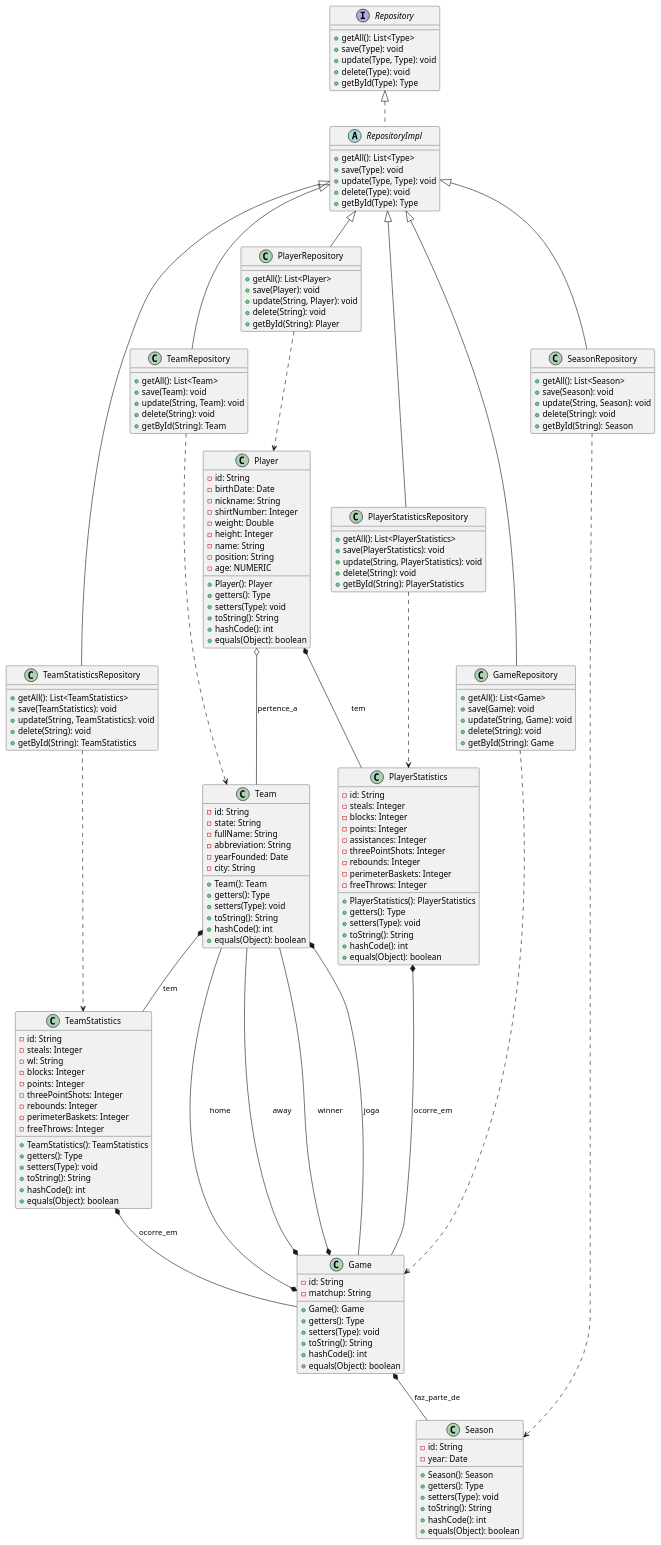
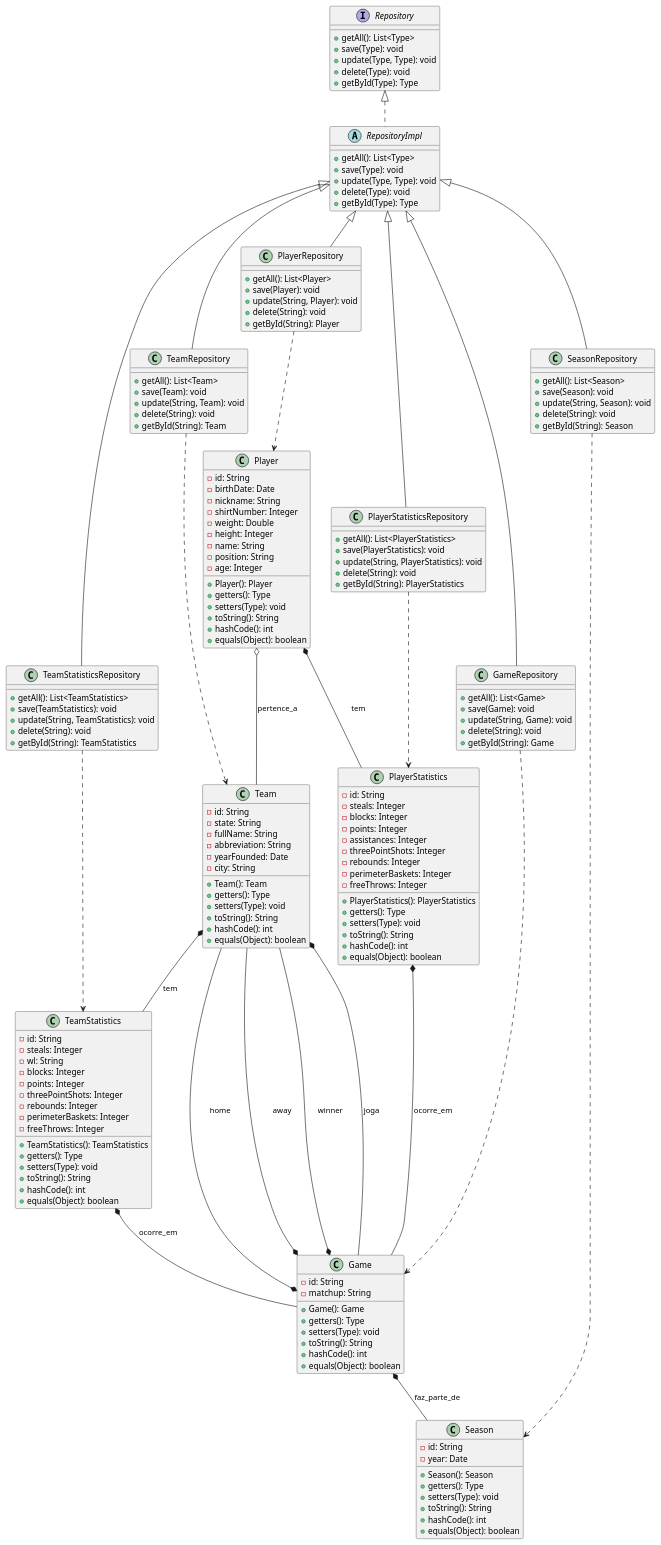
Before and after one commit to Pedro-H-Gregorio/NBA_api: the diagram in aps/diagrams/classe/model.puml, drawn with PlantUML. The commit also changed 1 other file, not shown here.

Commit message:
att o diagrama de classe

```diff
--- a/aps/diagrams/classe/model.puml
+++ b/aps/diagrams/classe/model.puml
@@ -1,188 +1,188 @@
 @startuml
 class Player {
     - id: String
     - birthDate: Date
     - nickname: String
     - shirtNumber: Integer
     - weight: Double
     - height: Integer
     - name: String
     - position: String
-    - age: NUMERIC
+    - age: Integer
 
     + Player(): Player
     + getters(): Type
     + setters(Type): void
     + toString(): String
     + hashCode(): int
     + equals(Object): boolean
 }
 
 class Team {
     - id: String
     - state: String
     - fullName: String
     - abbreviation: String
     - yearFounded: Date
     - city: String
 
     + Team(): Team
     + getters(): Type
     + setters(Type): void
     + toString(): String
     + hashCode(): int
     + equals(Object): boolean
 }
 
 class Game {
     - id: String
     - matchup: String
 
     + Game(): Game
     + getters(): Type
     + setters(Type): void
     + toString(): String
     + hashCode(): int
     + equals(Object): boolean
 }
 
 class Season {
     - id: String
     - year: Date
 
     + Season(): Season
     + getters(): Type
     + setters(Type): void
     + toString(): String
     + hashCode(): int
     + equals(Object): boolean
 }
 
 class PlayerStatistics {
     - id: String
     - steals: Integer
     - blocks: Integer
     - points: Integer
     - assistances: Integer
     - threePointShots: Integer
     - rebounds: Integer
     - perimeterBaskets: Integer
     - freeThrows: Integer
 
     + PlayerStatistics(): PlayerStatistics
     + getters(): Type
     + setters(Type): void
     + toString(): String
     + hashCode(): int
     + equals(Object): boolean
 }
 
 class TeamStatistics {
     - id: String
     - steals: Integer
     - wl: String
     - blocks: Integer
     - points: Integer
     - threePointShots: Integer
     - rebounds: Integer
     - perimeterBaskets: Integer
     - freeThrows: Integer
 
     + TeamStatistics(): TeamStatistics
     + getters(): Type
     + setters(Type): void
     + toString(): String
     + hashCode(): int
     + equals(Object): boolean
 }
 
 interface Repository {
     + getAll(): List<Type>
     + save(Type): void
     + update(Type, Type): void
     + delete(Type): void
     + getById(Type): Type
 }
 
 abstract RepositoryImpl {
     + getAll(): List<Type>
     + save(Type): void
     + update(Type, Type): void
     + delete(Type): void
     + getById(Type): Type
 }
 
 class PlayerRepository {
     + getAll(): List<Player>
     + save(Player): void
     + update(String, Player): void
     + delete(String): void
     + getById(String): Player
 }
 
 class TeamRepository {
     + getAll(): List<Team>
     + save(Team): void
     + update(String, Team): void
     + delete(String): void
     + getById(String): Team
 }
 
 class GameRepository {
     + getAll(): List<Game>
     + save(Game): void
     + update(String, Game): void
     + delete(String): void
     + getById(String): Game
 }
 
 class SeasonRepository {
     + getAll(): List<Season>
     + save(Season): void
     + update(String, Season): void
     + delete(String): void
     + getById(String): Season
 }
 
 class PlayerStatisticsRepository {
     + getAll(): List<PlayerStatistics>
     + save(PlayerStatistics): void
     + update(String, PlayerStatistics): void
     + delete(String): void
     + getById(String): PlayerStatistics
 }
 
 class TeamStatisticsRepository {
     + getAll(): List<TeamStatistics>
     + save(TeamStatistics): void
     + update(String, TeamStatistics): void
     + delete(String): void
     + getById(String): TeamStatistics
 }
 
 Repository <|.. RepositoryImpl
 RepositoryImpl <|-- PlayerRepository
 RepositoryImpl <|-- TeamRepository
 RepositoryImpl <|-- GameRepository
 RepositoryImpl <|-- SeasonRepository
 RepositoryImpl <|-- PlayerStatisticsRepository
 RepositoryImpl <|-- TeamStatisticsRepository
 
 PlayerRepository ..> Player
 TeamRepository ..> Team
 GameRepository ..> Game
 SeasonRepository ..> Season
 PlayerStatisticsRepository ..> PlayerStatistics
 TeamStatisticsRepository ..> TeamStatistics
 
 Player o-- Team : pertence_a
 Team *-- TeamStatistics : tem
 Team *-- Game : joga
 Player *-- PlayerStatistics : tem
 PlayerStatistics *-- Game : ocorre_em
 TeamStatistics *-- Game : ocorre_em
 Game *-- Team : home
 Game *-- Team : away
 Game *-- Team : winner
 Game *-- Season : faz_parte_de
 @enduml
```
